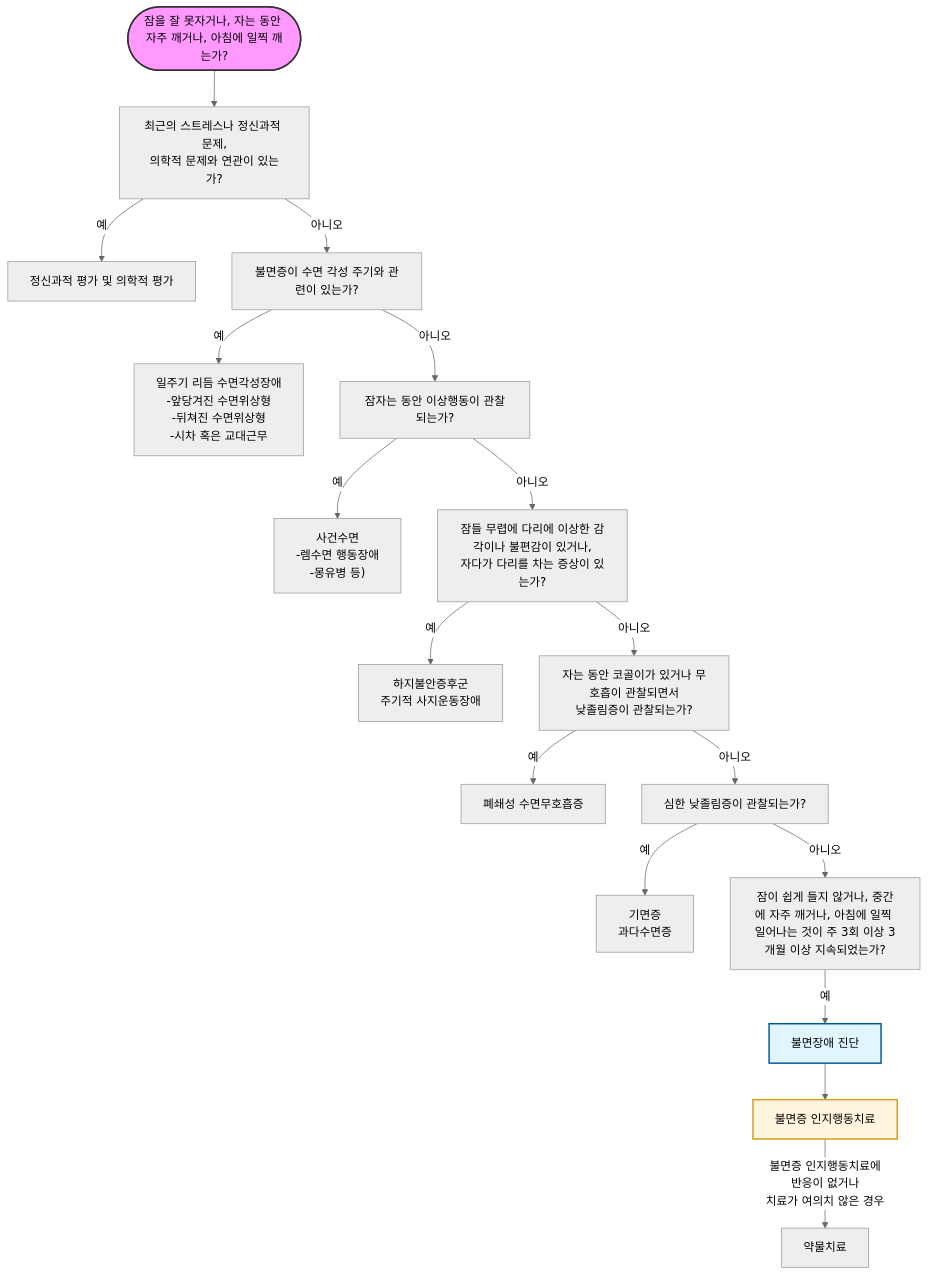
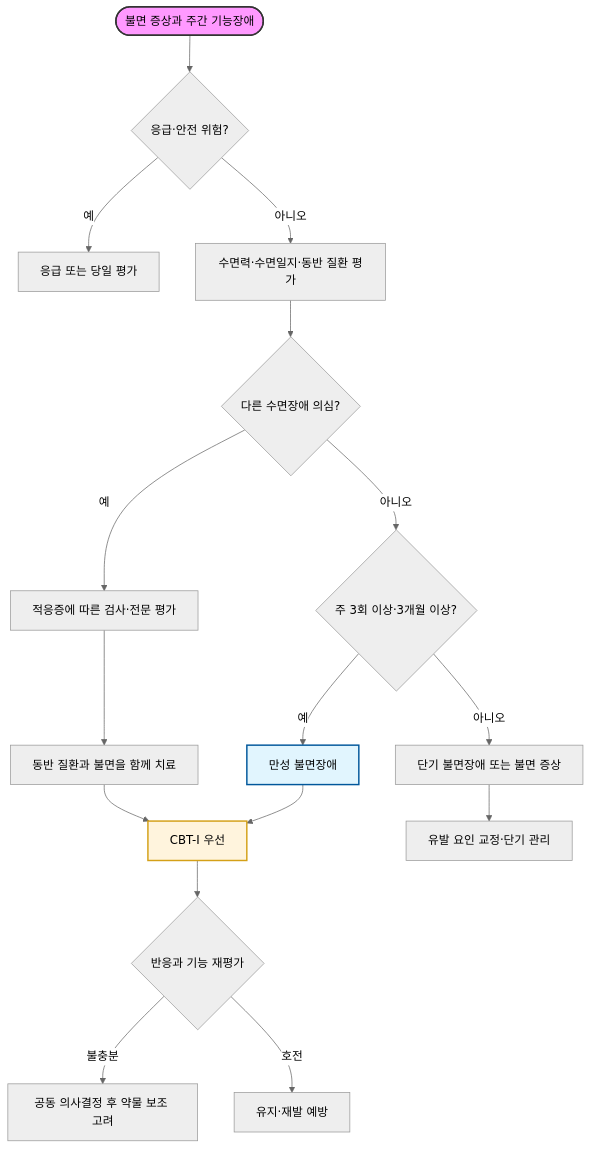
Before and after one commit to familyoh77/familyoh77: the diagram in 221_/029_-insomnia-sleep-disorder.md, drawn with Mermaid (neutral theme). The commit also changed other lines of this file, not shown here.

````diff
--- a/221_/029_-insomnia-sleep-disorder.md
+++ b/221_/029_-insomnia-sleep-disorder.md
@@ -206,33 +224,21 @@
 ```mermaid
 graph TD
-    Start([잠을 잘 못자거나, 자는 동안 자주 깨거나, 아침에 일찍 깨는가?]) --> Q1[최근의 스트레스나 정신과적 문제,<br/>의학적 문제와 연관이 있는가?]
-    
-    Q1 -- "예" --> A1[정신과적 평가 및 의학적 평가]
-    Q1 -- "아니오" --> Q2[불면증이 수면 각성 주기와 관련이 있는가?]
-    
-    Q2 -- "예" --> A2["일주기 리듬 수면각성장애<br/>-앞당겨진 수면위상형 <br/>-뒤쳐진 수면위상형<br/>-시차 혹은 교대근무"]
-    Q2 -- "아니오" --> Q3[잠자는 동안 이상행동이 관찰되는가?]
-    
-    Q3 -- "예" --> A3["사건수면<br/>-렘수면 행동장애<br/>-몽유병 등)"]
-    Q3 -- "아니오" --> Q4[잠들 무렵에 다리에 이상한 감각이나 불편감이 있거나,<br/>자다가 다리를 차는 증상이 있는가?]
-    
-    Q4 -- "예" --> A4[하지불안증후군<br/>주기적 사지운동장애]
-    Q4 -- "아니오" --> Q5[자는 동안 코골이가 있거나 무호흡이 관찰되면서<br/>낮졸림증이 관찰되는가?]
-    
-    Q5 -- "예" --> A5[폐쇄성 수면무호흡증]
-    Q5 -- "아니오" --> Q6[심한 낮졸림증이 관찰되는가?]
-    
-    Q6 -- "예" --> A6[기면증<br/>과다수면증]
-    Q6 -- "아니오" --> Q7[잠이 쉽게 들지 않거나, 중간에 자주 깨거나, 아침에 일찍 일어나는 것이 주 3회 이상 3개월 이상 지속되었는가?]
-    
-    Q7 -- "예" --> Diagnosis[불면장애 진단]
-    
-    Diagnosis --> CBT[불면증 인지행동치료]
-    
-    CBT -- "불면증 인지행동치료에 
-    반응이 없거나<br/>치료가 여의치 않은 경우" --> Drug[약물치료]
-    
+    Start([불면 증상과 주간 기능장애]) --> Safety{응급·안전 위험?}
+    Safety -- "예" --> Urgent[응급 또는 당일 평가]
+    Safety -- "아니오" --> Assess[수면력·수면일지·동반 질환 평가]
+    Assess --> Other{다른 수면장애 의심?}
+    Other -- "예" --> Test[적응증에 따른 검사·전문 평가]
+    Other -- "아니오" --> Duration{주 3회 이상·3개월 이상?}
+    Duration -- "예" --> Chronic[만성 불면장애]
+    Duration -- "아니오" --> Short[단기 불면장애 또는 불면 증상]
+    Test --> Combined[동반 질환과 불면을 함께 치료]
+    Chronic --> CBT[CBT-I 우선]
+    Short --> Cause[유발 요인 교정·단기 관리]
+    Combined --> CBT
+    CBT --> Review{반응과 기능 재평가}
+    Review -- "불충분" --> Drug[공동 의사결정 후 약물 보조 고려]
+    Review -- "호전" --> Prevent[유지·재발 예방]
     style Start fill:#f9f,stroke:#333,stroke-width:2px
-    style Diagnosis fill:#e1f5fe,stroke:#01579b,stroke-width:2px
+    style Chronic fill:#e1f5fe,stroke:#01579b,stroke-width:2px
     style CBT fill:#fff4dd,stroke:#d4a017,stroke-width:2px
 ```
````
